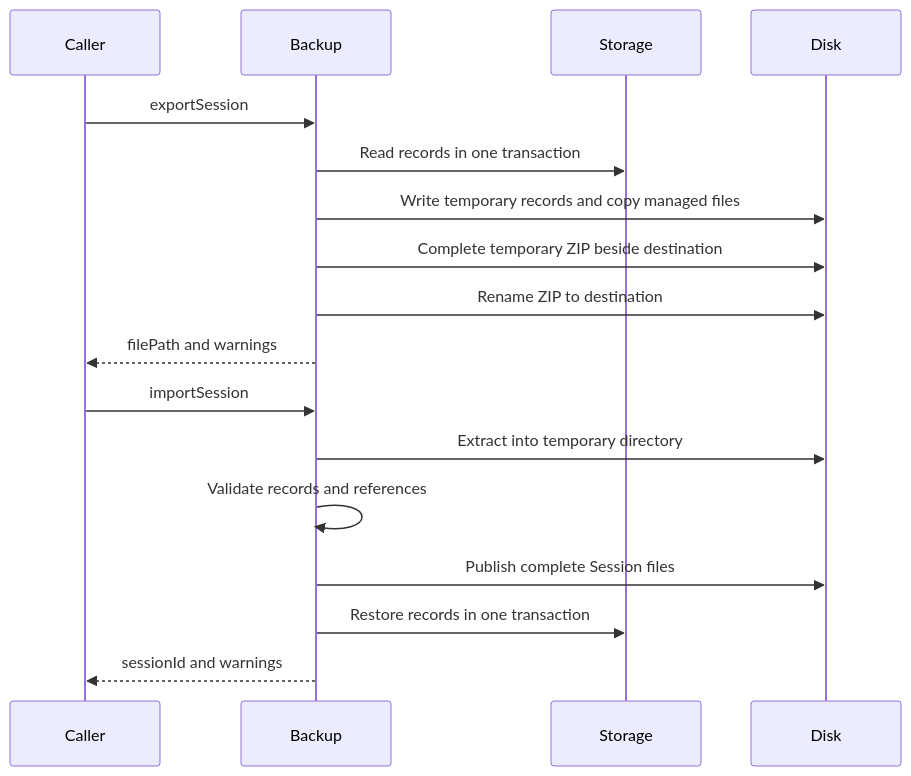
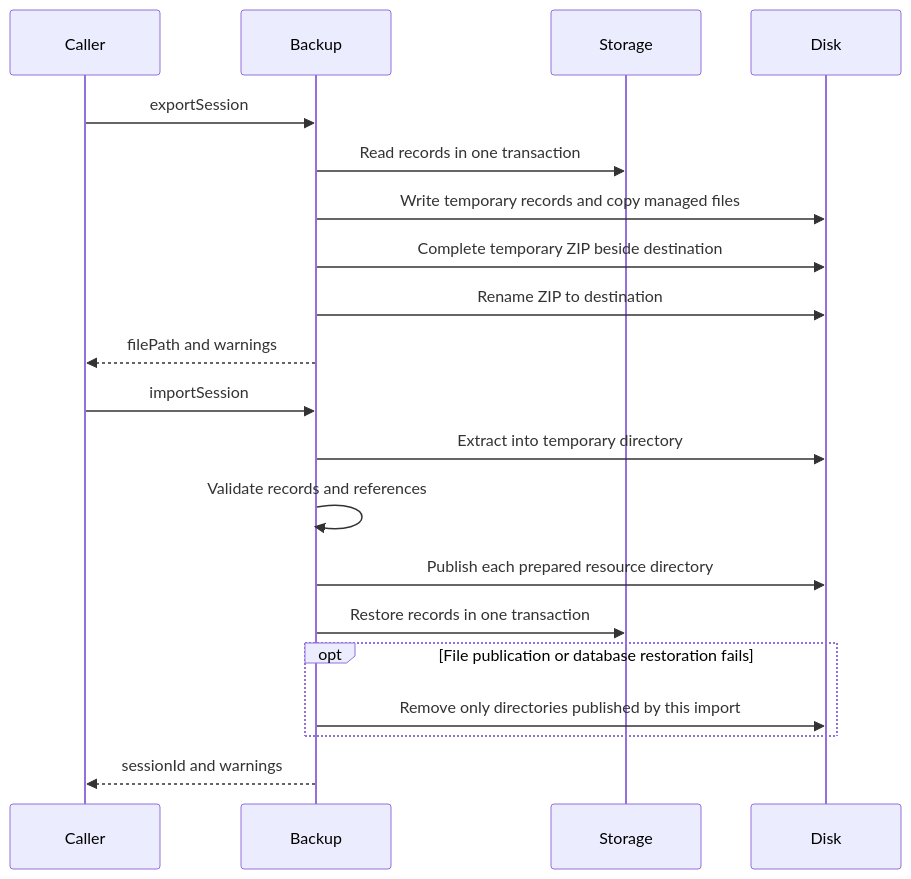
Before and after one commit to chengyuZou/EmaAgent: the diagram in src/backup/README.md, drawn with Mermaid. The commit also changed other lines of this file and 56 other files, not shown here.

First line of the commit message:
Refactor session resource management and web download handling

````diff
--- a/src/backup/README.md
+++ b/src/backup/README.md
@@ -33,19 +35,22 @@
 ```mermaid
 sequenceDiagram
   participant Caller
   participant Backup
   participant Storage
   participant Disk
   Caller->>Backup: exportSession
   Backup->>Storage: Read records in one transaction
   Backup->>Disk: Write temporary records and copy managed files
   Backup->>Disk: Complete temporary ZIP beside destination
   Backup->>Disk: Rename ZIP to destination
   Backup-->>Caller: filePath and warnings
   Caller->>Backup: importSession
   Backup->>Disk: Extract into temporary directory
   Backup->>Backup: Validate records and references
-  Backup->>Disk: Publish complete Session files
+  Backup->>Disk: Publish each prepared resource directory
   Backup->>Storage: Restore records in one transaction
+  opt File publication or database restoration fails
+    Backup->>Disk: Remove only directories published by this import
+  end
   Backup-->>Caller: sessionId and warnings
 ```
````
